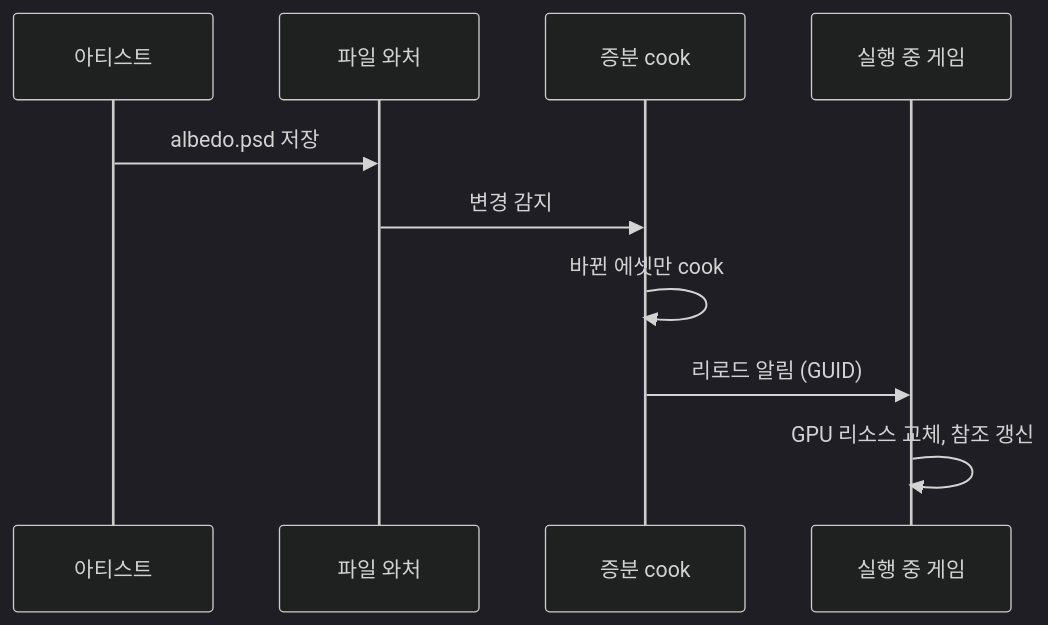
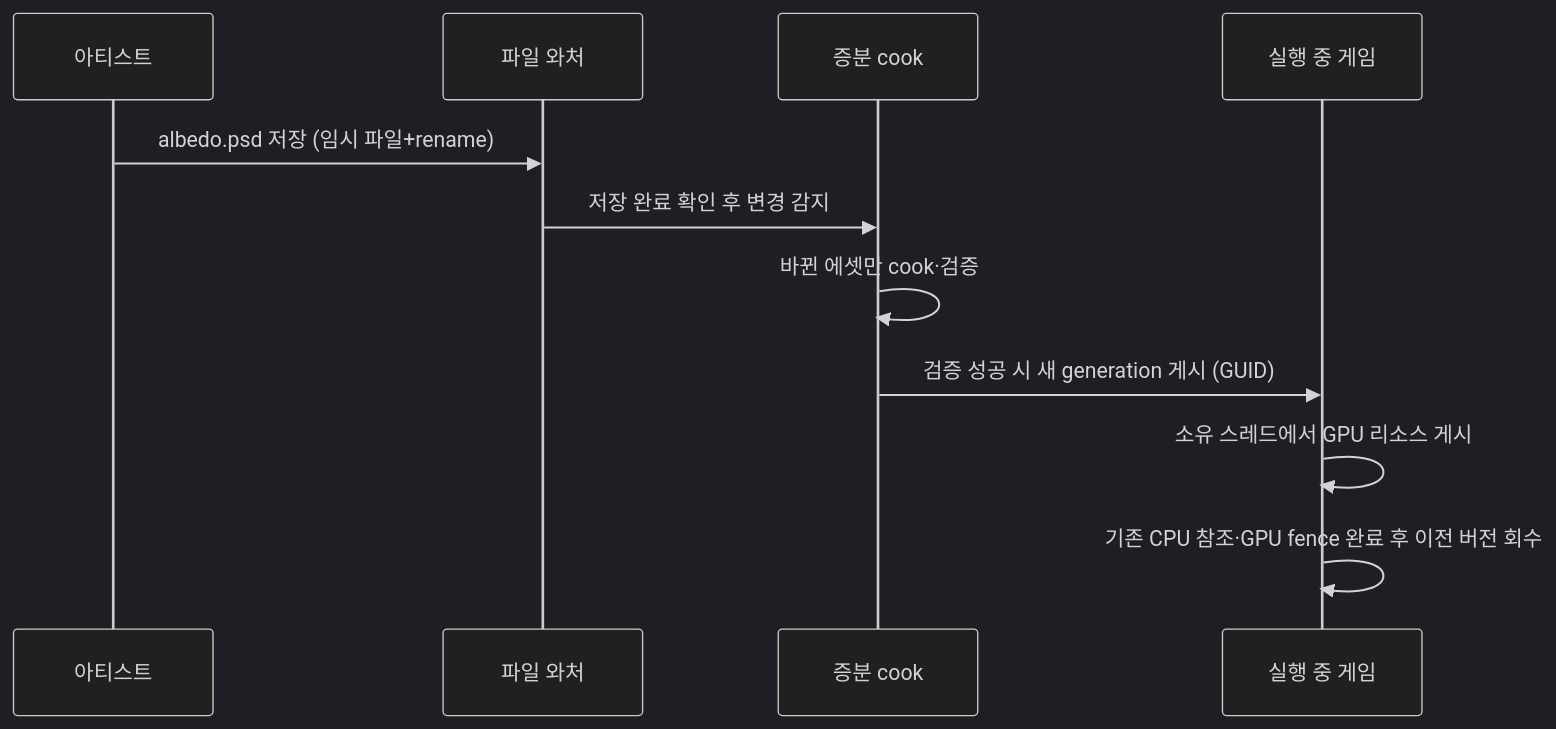
The seventh of 7 diagrams in tools/part05_asset.md (Rein-ArXiv/game-dev-curriculum), drawn with Mermaid (dark theme) before and after one commit. The commit also changed other lines of this file and 279 other files, not shown here.

````diff
--- a/tools/part05_asset.md
+++ b/tools/part05_asset.md
@@ -486,12 +498,13 @@
 ```mermaid
 sequenceDiagram
     participant Artist as 아티스트
     participant Watcher as 파일 와처
     participant Cook as 증분 cook
     participant Game as 실행 중 게임
-    Artist->>Watcher: albedo.psd 저장
-    Watcher->>Cook: 변경 감지
-    Cook->>Cook: 바뀐 에셋만 cook
-    Cook->>Game: 리로드 알림 (GUID)
-    Game->>Game: GPU 리소스 교체, 참조 갱신
+    Artist->>Watcher: albedo.psd 저장 (임시 파일+rename)
+    Watcher->>Cook: 저장 완료 확인 후 변경 감지
+    Cook->>Cook: 바뀐 에셋만 cook·검증
+    Cook->>Game: 검증 성공 시 새 generation 게시 (GUID)
+    Game->>Game: 소유 스레드에서 GPU 리소스 게시
+    Game->>Game: 기존 CPU 참조·GPU fence 완료 후 이전 버전 회수
 ```
````
